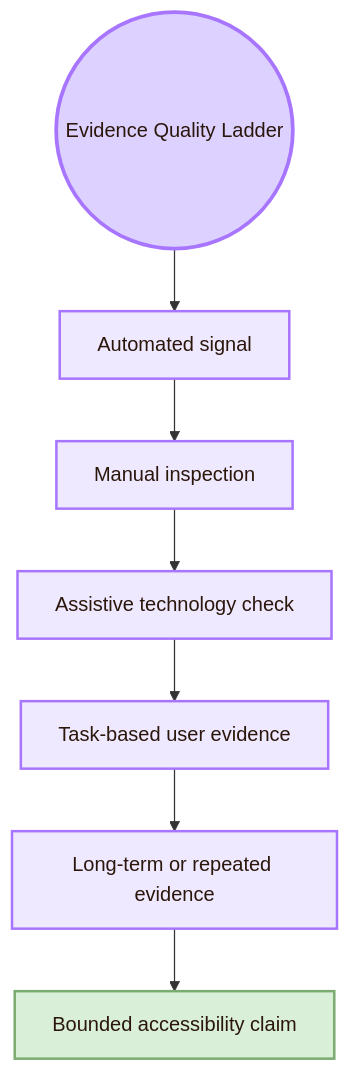
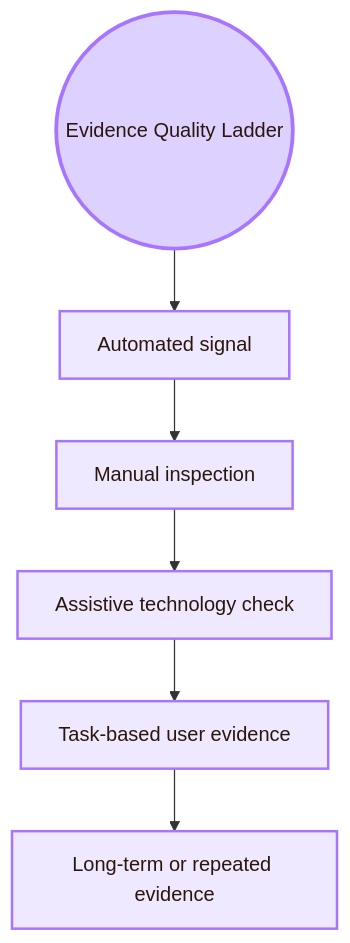
Before and after one commit to andreitegzes06-ui/CogniShire: diagram 20 of 20 in 01_Core_Area_HCI/001_Subareas/04_Accessibility_and_Accountability/Open Problems.md, drawn with Mermaid. The commit also changed other lines of this file and 131 other files, not shown here.

````diff
--- a/01_Core_Area_HCI/001_Subareas/04_Accessibility_and_Accountability/Open Problems.md
+++ b/01_Core_Area_HCI/001_Subareas/04_Accessibility_and_Accountability/Open Problems.md
@@ -846,19 +837,18 @@
 ```mermaid
 flowchart TB
     A((Evidence Quality Ladder))
 
     A --> B[Automated signal]
     B --> C[Manual inspection]
     C --> D[Assistive technology check]
     D --> E[Task-based user evidence]
     E --> F[Long-term or repeated evidence]
-    F --> G[Bounded accessibility claim]
 
     classDef center fill:#ddd2ff,stroke:#a875ff,color:#2b160b,stroke-width:3px;
     classDef node fill:#eee9ff,stroke:#a875ff,color:#2b160b,stroke-width:2px;
     classDef final fill:#d9efd7,stroke:#7cab72,color:#2b160b,stroke-width:2px;
 
     class A center;
     class B,C,D,E,F node;
     class G final;
 ```
````
